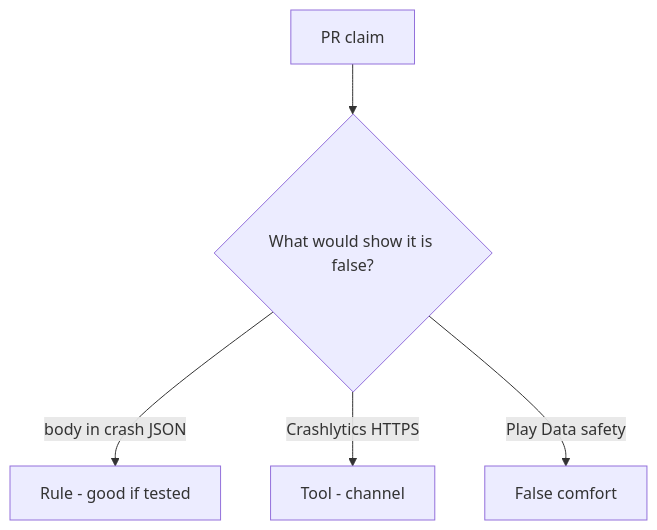
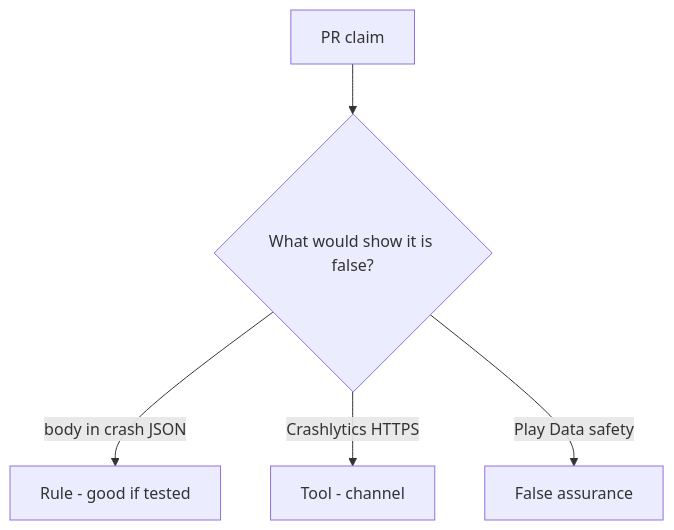
The diagram in content/modules/8/8.5/lessons/08-review.md (ishitvagoel/LearnSecurity), drawn with Mermaid before and after one commit. The commit also changed other lines of this file and 240 other files, not shown here.

````diff
--- a/content/modules/8/8.5/lessons/08-review.md
+++ b/content/modules/8/8.5/lessons/08-review.md
@@ -18,7 +18,7 @@
 ```mermaid
 flowchart TD
   Claim[PR claim] --> Q{"What would show it is false?"}
   Q -->|body in crash JSON| Property["Rule - good if tested"]
   Q -->|Crashlytics HTTPS| Mechanism[Tool - channel]
-  Q -->|Play Data safety| False[False comfort]
+  Q -->|Play Data safety| False[False assurance]
 ```
````
